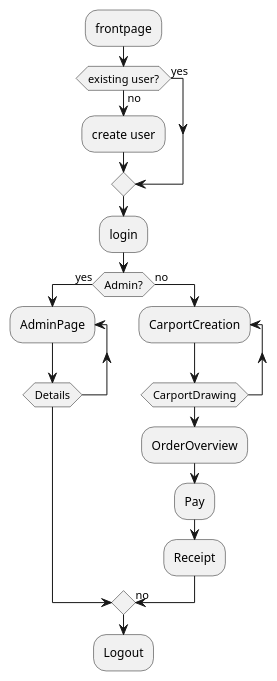
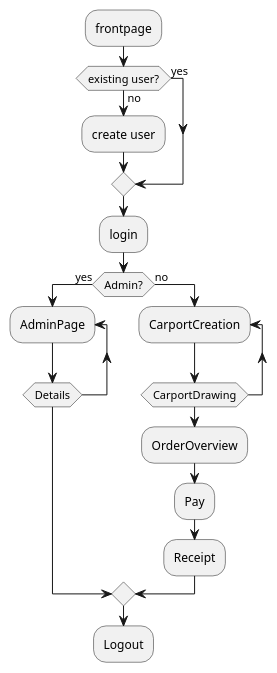
One commit to Marcus-Ekeroth/Carport changed the diagram in src/UML/Navigationsdiagram.puml. Above: the diagram before and after it, drawn with PlantUML.

Commit message:
Navigationsdiagram

```diff
--- a/src/UML/Navigationsdiagram.puml
+++ b/src/UML/Navigationsdiagram.puml
@@ -1,33 +1,33 @@
 @startuml
 :frontpage;
 if (existing user?) is (yes) then
 
 else (no)
   :create user;
 
 endif
 :login;
 if (Admin?) is (yes) then
 repeat :AdminPage;
 repeat while(Details)
 
 else (no)
 
 
 repeat :CarportCreation;
 repeat while(CarportDrawing)
 
 :OrderOverview;
 
 
   :Pay;
 
   :Receipt;
 
-  ->no;
+
 endif
 :Logout;
 
 
 
 @enduml
```
